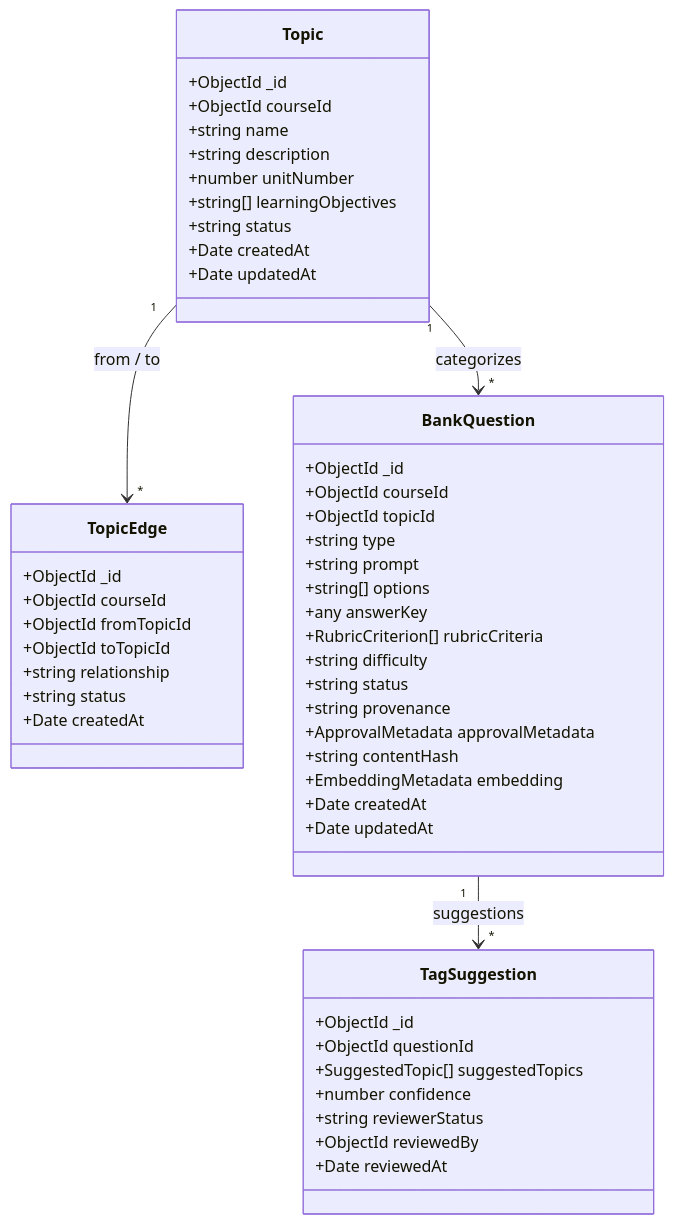
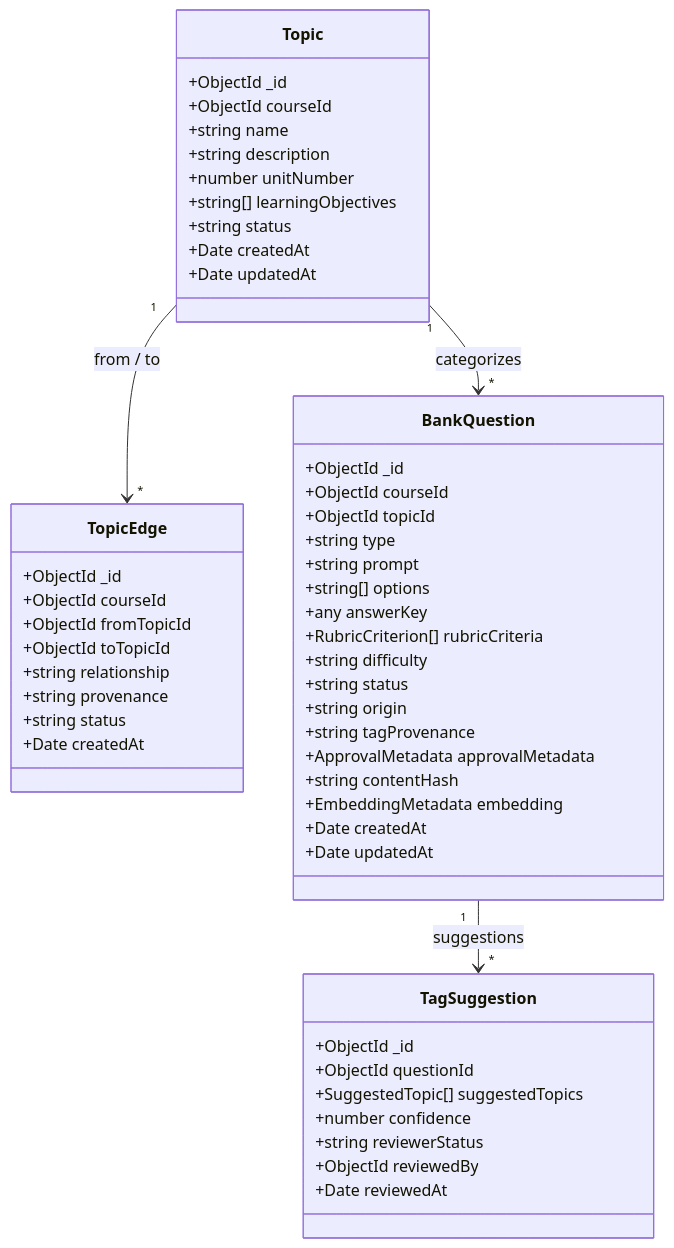
The second of 9 diagrams in docs/learning-module.md (Aarathi1535/assignment_evaluation-IIIT-Hyd), drawn with Mermaid before and after one commit. The commit also changed other lines of this file, not shown here.

````diff
--- a/docs/learning-module.md
+++ b/docs/learning-module.md
@@ -84,57 +84,59 @@
 ```mermaid
 classDiagram
     class Topic {
         +ObjectId _id
         +ObjectId courseId
         +string name
         +string description
         +number unitNumber
         +string[] learningObjectives
         +string status
         +Date createdAt
         +Date updatedAt
     }
 
     class TopicEdge {
         +ObjectId _id
         +ObjectId courseId
         +ObjectId fromTopicId
         +ObjectId toTopicId
         +string relationship
+        +string provenance
         +string status
         +Date createdAt
     }
 
     class BankQuestion {
         +ObjectId _id
         +ObjectId courseId
         +ObjectId topicId
         +string type
         +string prompt
         +string[] options
         +any answerKey
         +RubricCriterion[] rubricCriteria
         +string difficulty
         +string status
-        +string provenance
+        +string origin
+        +string tagProvenance
         +ApprovalMetadata approvalMetadata
         +string contentHash
         +EmbeddingMetadata embedding
         +Date createdAt
         +Date updatedAt
     }
 
     class TagSuggestion {
         +ObjectId _id
         +ObjectId questionId
         +SuggestedTopic[] suggestedTopics
         +number confidence
         +string reviewerStatus
         +ObjectId reviewedBy
         +Date reviewedAt
     }
 
     Topic "1" --> "*" TopicEdge : from / to
     Topic "1" --> "*" BankQuestion : categorizes
     BankQuestion "1" --> "*" TagSuggestion : suggestions
 ```
````
